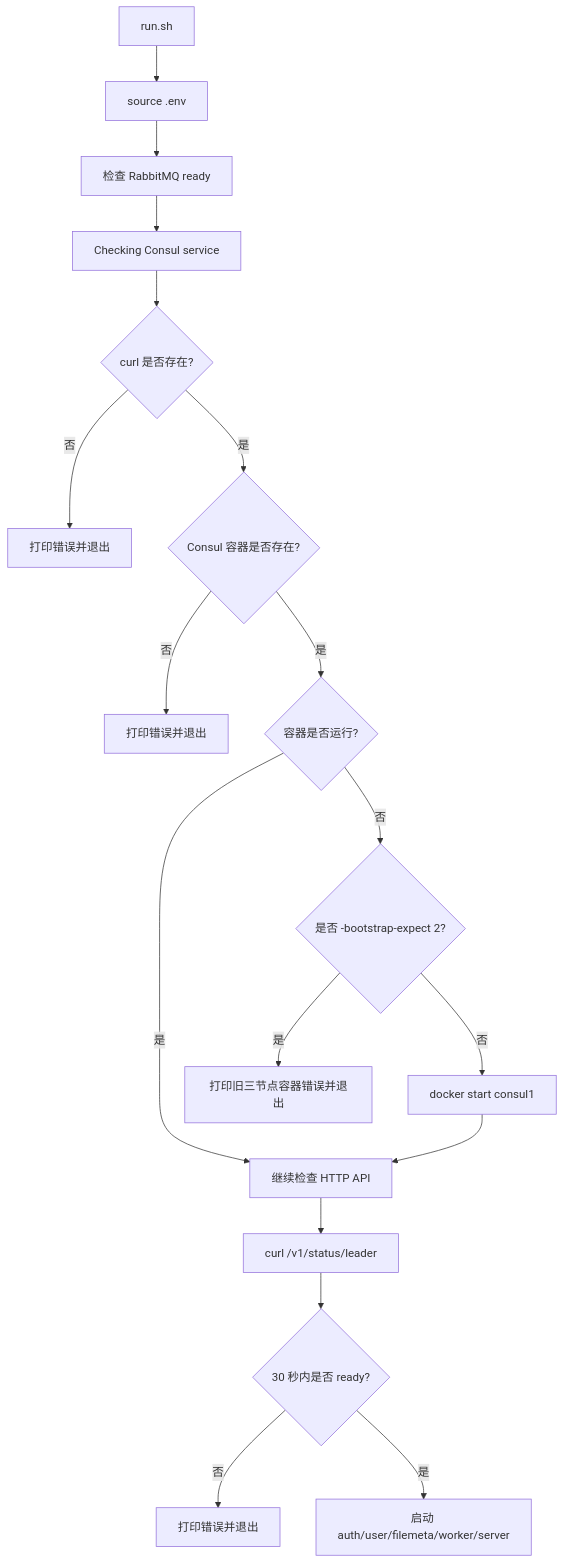
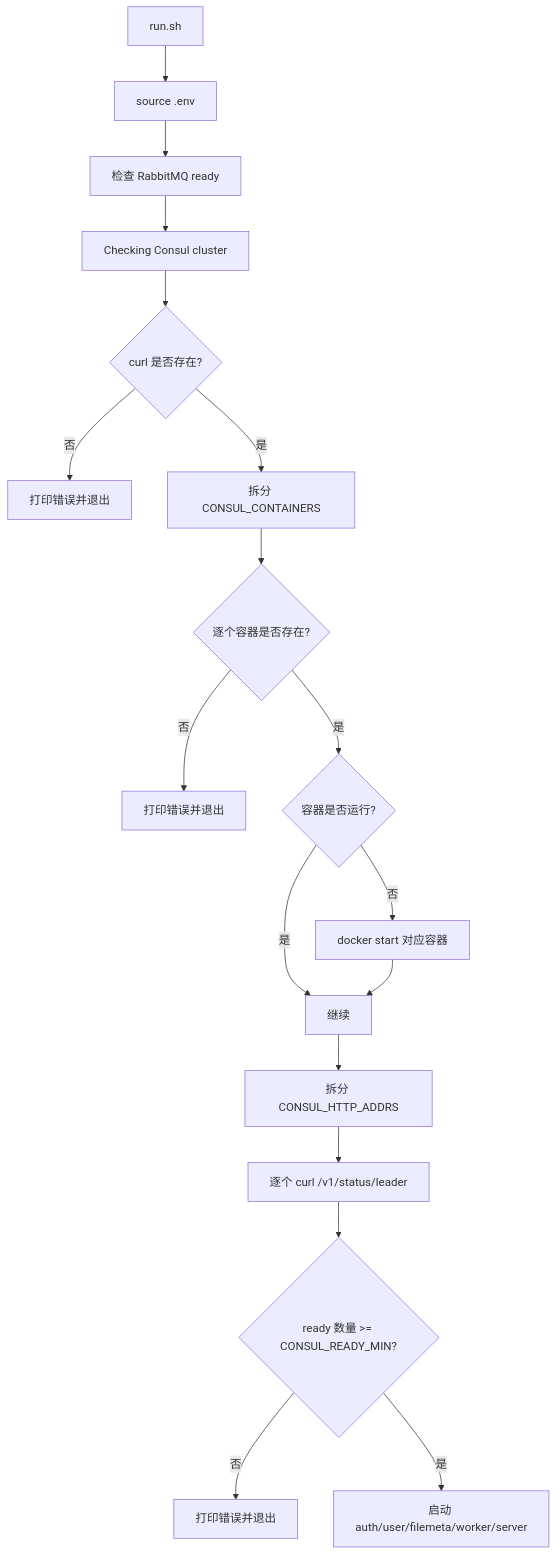
One commit to dijk4tra/Cpp_Advanced changed the tenth of 10 diagrams in 课件/05_Web网盘项目/CloudDisk/docs/第五期：Consul注册中心代码详解.md. Above: the diagram before and after it, drawn with Mermaid. The commit also changed other lines of this file and 126 other files, not shown here.

````diff
--- a/课件/05_Web网盘项目/CloudDisk/docs/第五期：Consul注册中心代码详解.md
+++ b/课件/05_Web网盘项目/CloudDisk/docs/第五期：Consul注册中心代码详解.md
@@ -1519,20 +1549,20 @@
 ```mermaid
 flowchart TD
     A["run.sh"] --> B["source .env"]
     B --> C["检查 RabbitMQ ready"]
-    C --> D["Checking Consul service"]
+    C --> D["Checking Consul cluster"]
     D --> E{"curl 是否存在?"}
     E -->|否| F["打印错误并退出"]
-    E -->|是| G{"Consul 容器是否存在?"}
-    G -->|否| H["打印错误并退出"]
-    G -->|是| I{"容器是否运行?"}
-    I -->|是| J["继续检查 HTTP API"]
-    I -->|否| K{"是否 -bootstrap-expect 2?"}
-    K -->|是| L["打印旧三节点容器错误并退出"]
-    K -->|否| M["docker start consul1"]
-    M --> J
-    J --> N["curl /v1/status/leader"]
-    N --> O{"30 秒内是否 ready?"}
+    E -->|是| G["拆分 CONSUL_CONTAINERS"]
+    G --> H{"逐个容器是否存在?"}
+    H -->|否| I["打印错误并退出"]
+    H -->|是| J{"容器是否运行?"}
+    J -->|否| K["docker start 对应容器"]
+    J -->|是| L["继续"]
+    K --> L
+    L --> M["拆分 CONSUL_HTTP_ADDRS"]
+    M --> N["逐个 curl /v1/status/leader"]
+    N --> O{"ready 数量 >= CONSUL_READY_MIN?"}
     O -->|否| P["打印错误并退出"]
     O -->|是| Q["启动 auth/user/filemeta/worker/server"]
 ```
````
